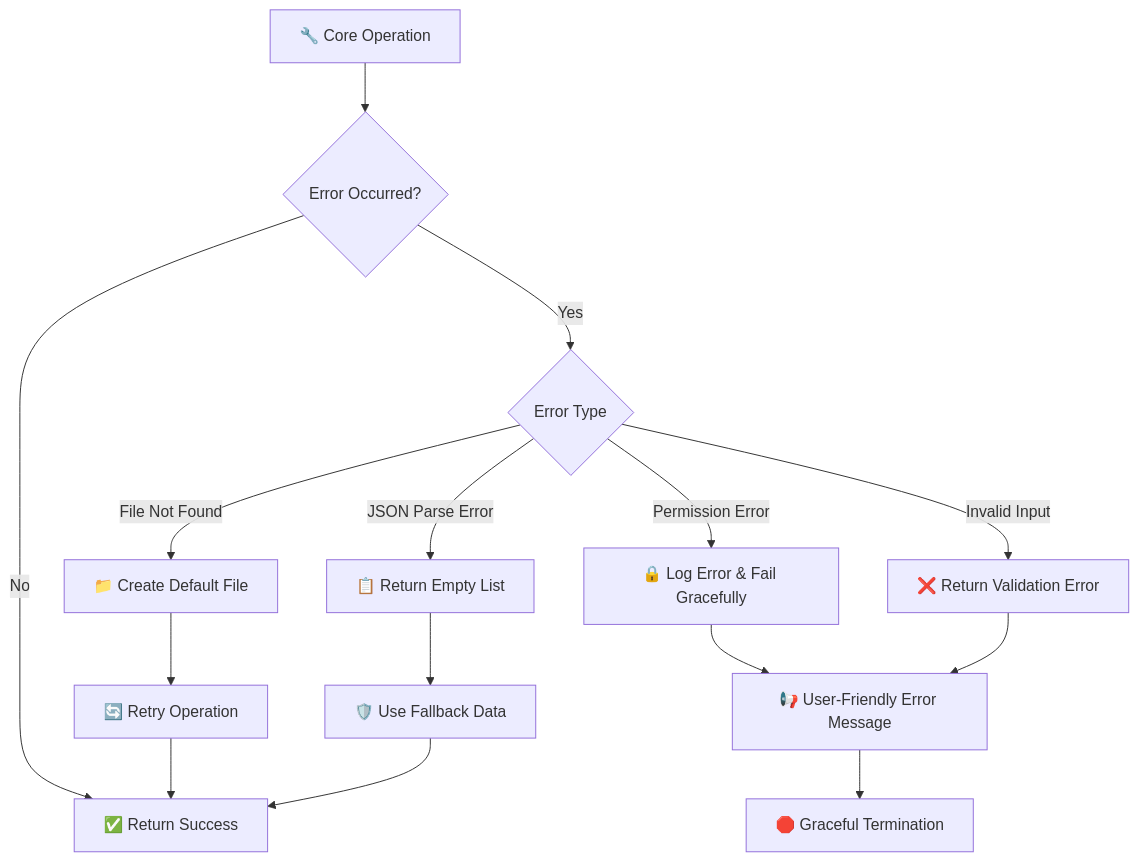
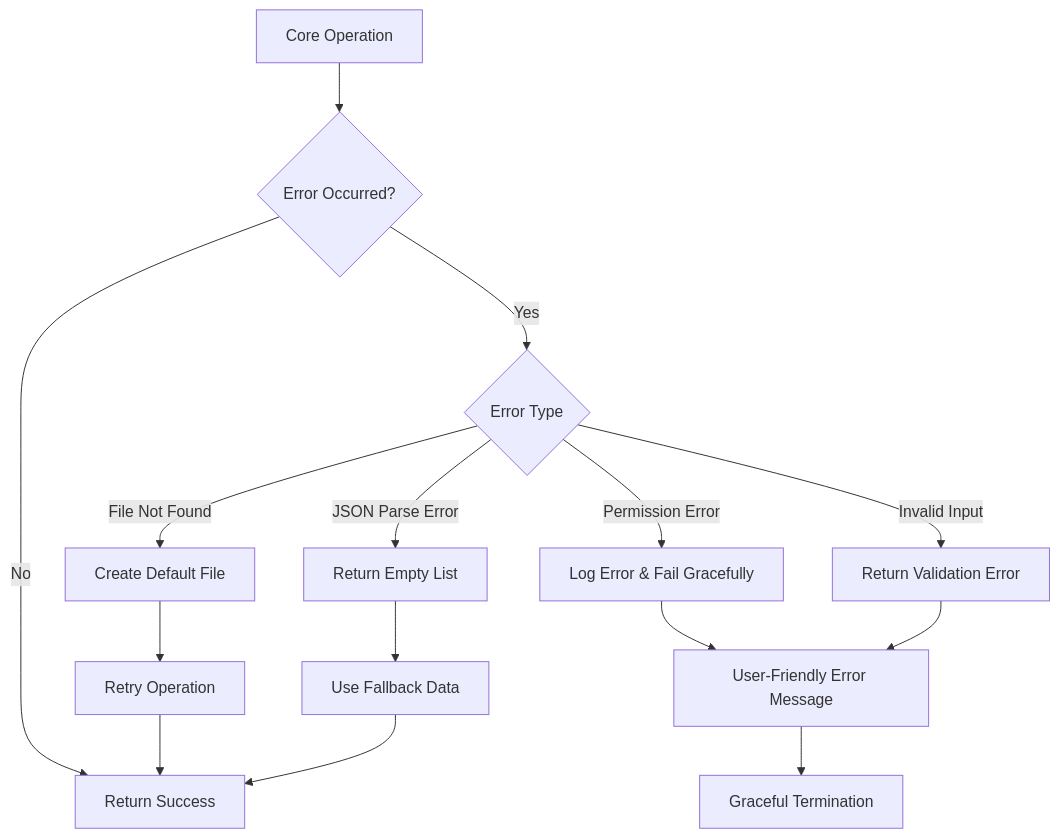
One commit to vickeycheng/AI_Test changed diagram 12 of 18 in shared/design_document.md. Above: the diagram before and after it, drawn with Mermaid. The commit also changed other lines of this file, not shown here.

````diff
--- a/shared/design_document.md
+++ b/shared/design_document.md
@@ -656,21 +656,21 @@
 ```mermaid
 flowchart TD
-    OPERATION[🔧 Core Operation] --> CHECK{Error Occurred?}
-    
-    CHECK -->|No| SUCCESS[✅ Return Success]
-    CHECK -->|Yes| ERROR_TYPE{Error Type}
-    
-    ERROR_TYPE -->|File Not Found| FILE_ERROR[📁 Create Default File]
-    ERROR_TYPE -->|JSON Parse Error| JSON_ERROR[📋 Return Empty List]
-    ERROR_TYPE -->|Permission Error| PERM_ERROR[🔒 Log Error & Fail Gracefully]
-    ERROR_TYPE -->|Invalid Input| INPUT_ERROR[❌ Return Validation Error]
-    
-    FILE_ERROR --> RETRY[🔄 Retry Operation]
-    JSON_ERROR --> FALLBACK[🛡️ Use Fallback Data]
-    PERM_ERROR --> ERROR_MSG[📢 User-Friendly Error Message]
-    INPUT_ERROR --> ERROR_MSG
-    
-    RETRY --> SUCCESS
-    FALLBACK --> SUCCESS
-    ERROR_MSG --> END[🛑 Graceful Termination]
+ OPERATION[ Core Operation] --> CHECK{Error Occurred?}
+ 
+ CHECK -->|No| SUCCESS[ Return Success]
+ CHECK -->|Yes| ERROR_TYPE{Error Type}
+ 
+ ERROR_TYPE -->|File Not Found| FILE_ERROR[ Create Default File]
+ ERROR_TYPE -->|JSON Parse Error| JSON_ERROR[ Return Empty List]
+ ERROR_TYPE -->|Permission Error| PERM_ERROR[Log Error & Fail Gracefully]
+ ERROR_TYPE -->|Invalid Input| INPUT_ERROR[ Return Validation Error]
+ 
+ FILE_ERROR --> RETRY[ Retry Operation]
+ JSON_ERROR --> FALLBACK[ Use Fallback Data]
+ PERM_ERROR --> ERROR_MSG[ User-Friendly Error Message]
+ INPUT_ERROR --> ERROR_MSG
+ 
+ RETRY --> SUCCESS
+ FALLBACK --> SUCCESS
+ ERROR_MSG --> END[ Graceful Termination]
 ```
````
